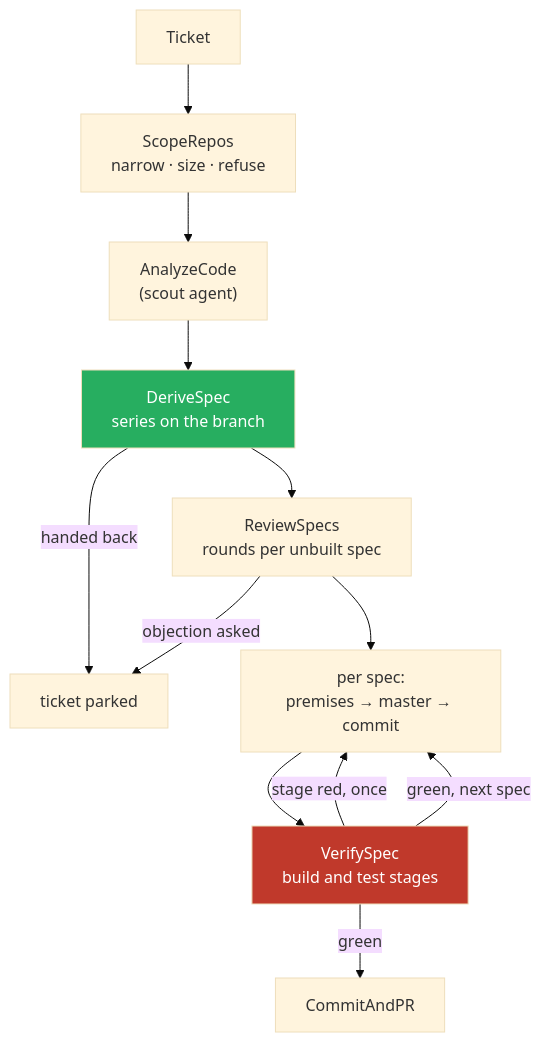
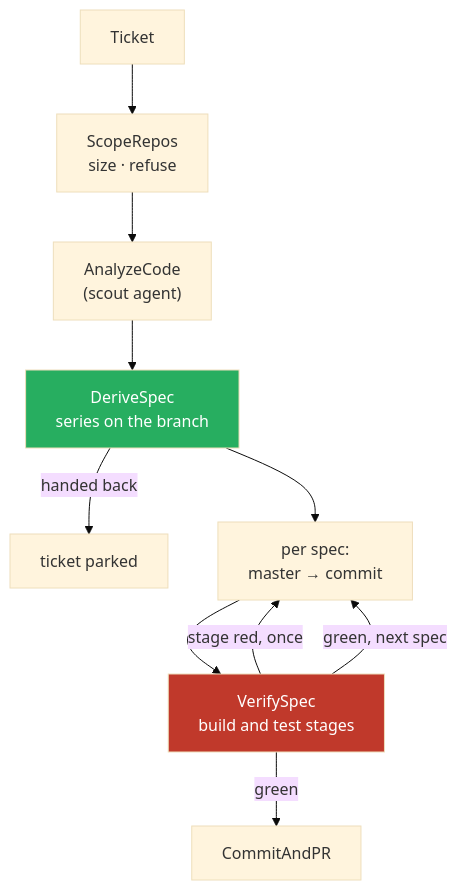
Before and after one commit to holgerleichsenring/agent-smith: the diagram in docs/reference/pipelines/fix-and-feature.md, drawn with Mermaid (base theme). The commit also changed other lines of this file and 167 other files, not shown here.

First line of the commit message:
refactor(specs): nothing judges a spec or narrows a run before its master (2026-11-18-9c1cb)

````diff
--- a/docs/reference/pipelines/fix-and-feature.md
+++ b/docs/reference/pipelines/fix-and-feature.md
@@ -49,17 +47,15 @@
 ```mermaid
 graph TD
-    Ticket --> Scope["ScopeRepos<br/>narrow · size · refuse"]
+    Ticket --> Scope["ScopeRepos<br/>size · refuse"]
     Scope --> Analyze["AnalyzeCode<br/>(scout agent)"]
     Analyze --> Derive["DeriveSpec<br/>series on the branch"]
     Derive -->|handed back| Park[ticket parked]
-    Derive --> Review["ReviewSpecs<br/>rounds per unbuilt spec"]
-    Review -->|objection asked| Park
-    Review --> Spec["per spec:<br/>premises → master → commit"]
+    Derive --> Spec["per spec:<br/>master → commit"]
     Spec --> Verify["VerifySpec<br/>build and test stages"]
     Verify -->|stage red, once| Spec
     Verify -->|green, next spec| Spec
     Verify -->|green| PR[CommitAndPR]
 
     style Derive fill:#27ae60,color:#fff
     style Verify fill:#c0392b,color:#fff
 ```
````
